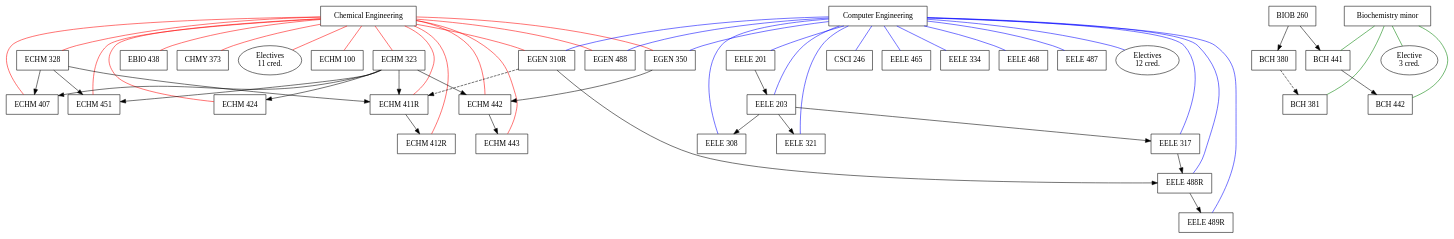
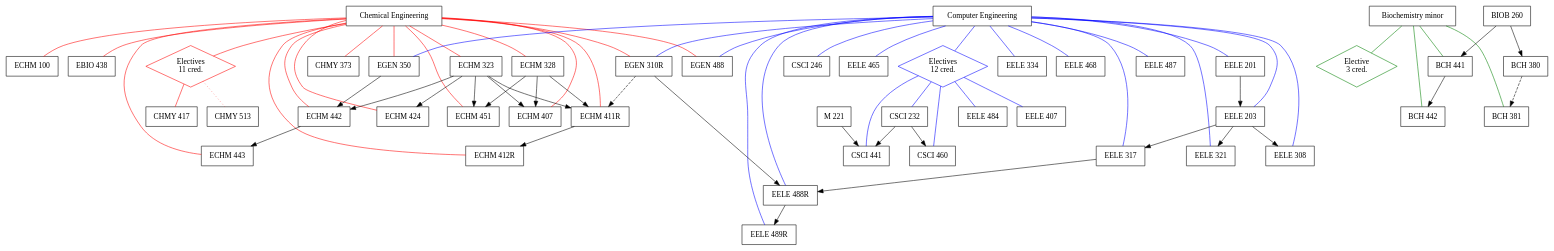
One commit to w-culhane/courses-flowchart changed the diagram in future.gv. Above: the diagram before and after it, drawn with Graphviz.

Commit message:
Add possible electives

```diff
--- a/future.gv
+++ b/future.gv
@@ -1,84 +1,112 @@
 digraph future {
 
     {node [shape=box];
+    {rank=same;
+        "Chemical Engineering" ->
+        "Computer Engineering" ->
+        "Biochemistry minor"
+	[arrowhead=none,color=invis];
+	}
+    }
 
-        "Chemical Engineering"
+    {node [shape=box];
+
         "ECHM 100"
         "EGEN 350"
         "EBIO 438"
         "EGEN 310R"
         "ECHM 323"
         "ECHM 328"
         "ECHM 411R"
         "ECHM 442"
         "ECHM 407"
         "ECHM 424"
         "ECHM 412R"
         "ECHM 451"
         "CHMY 373"
         "EGEN 488"
         "ECHM 443"
-        CHELECTIVES [label="Electives\n11 cred.",shape=oval]
+        CHELECTIVES [label="Electives\n11 cred.",shape=diamond,color=red]
 
-        "Computer Engineering"
         "EELE 201"
         "EELE 203"
         "EELE 308"
         "EELE 317"
         "CSCI 246"
         "EELE 465"
         "EELE 321"
         "EELE 334"
         "EELE 488R"
         "EELE 468"
         "EELE 489R"
         "EELE 487"
-        COELECTIVES [label="Electives\n12 cred.",shape=oval]
+        COELECTIVES [label="Electives\n12 cred.",shape=diamond,color=blue]
 
-        "Biochemistry minor"
         "BIOB 260"
         "BCH 441"
         "BCH 442"
         "BCH 380"
         "BCH 381"
-        BCHELECTIVES [label="Elective\n3 cred.",shape=oval]
+        BCHELECTIVES [label="Elective\n3 cred.",shape=diamond,color=green]
+
+        "CHMY 417"
+        "CHMY 513"
+        "CSCI 460"
+        "CSCI 441"
+        "EELE 484"
+        "EELE 407"
+
+        "CSCI 232"
+	"M 221"
     }
 
     "Chemical Engineering" -> { "ECHM 100" "EGEN 350" "EBIO 438"
         "EGEN 310R" "ECHM 323" "ECHM 328" "ECHM 411R" "ECHM 442"
         "ECHM 407" "ECHM 424" "ECHM 412R" "ECHM 451" "CHMY 373"
         "EGEN 488" "ECHM 443" CHELECTIVES }
         [arrowhead=none,color=red];
 
     "Computer Engineering" -> { "EELE 201" "EGEN 350" "EELE 203"
         "EGEN 310R" "EELE 308" "EELE 317" "CSCI 246" "EELE 465"
         "EELE 321" "EELE 334" "EELE 488R" "EELE 468" "EGEN 488"
         "EELE 489R" "EELE 487" COELECTIVES }
         [arrowhead=none,color=blue];
 
     "Biochemistry minor" -> { "BCH 441" "BCH 442" "BCH 381"
         BCHELECTIVES }
         [arrowhead=none,color=green];
 
     { "ECHM 323" "ECHM 328" } -> "ECHM 411R";
     "EGEN 310R" -> "ECHM 411R" [style=dashed];
     { "ECHM 323" "EGEN 350" } -> "ECHM 442";
     { "ECHM 323" "ECHM 328"} -> "ECHM 407";
     "ECHM 323" -> "ECHM 424";
     "ECHM 411R" -> "ECHM 412R";
     { "ECHM 323" "ECHM 328" } -> "ECHM 451";
     "ECHM 442" -> "ECHM 443";
 
     "EELE 201" -> "EELE 203";
     "EELE 203" -> "EELE 308";
     "EELE 203" -> "EELE 317";
     "EELE 203" -> "EELE 321";
     { "EELE 317" "EGEN 310R" } -> "EELE 488R";
     "EELE 488R" -> "EELE 489R";
     COELECTIVES;
 
     "BIOB 260" -> "BCH 380";
     "BCH 380" -> "BCH 381" [style=dashed];
     "BIOB 260" -> "BCH 441";
     "BCH 441" -> "BCH 442";
+
+    // Electives
+    CHELECTIVES -> { "CHMY 417" }
+    [arrowhead=none,color=red];
+    CHELECTIVES -> { "CHMY 513" }
+    [arrowhead=none,style=dotted,color=red];
+
+    COELECTIVES -> { "EELE 484" "EELE 407" "CSCI 460" "CSCI 232" "CSCI 441" }
+    [arrowhead=none,color=blue];
+
+    "CSCI 232" -> { "CSCI 441" "CSCI 460" };
+    "M 221" -> "CSCI 441";
 }
```
